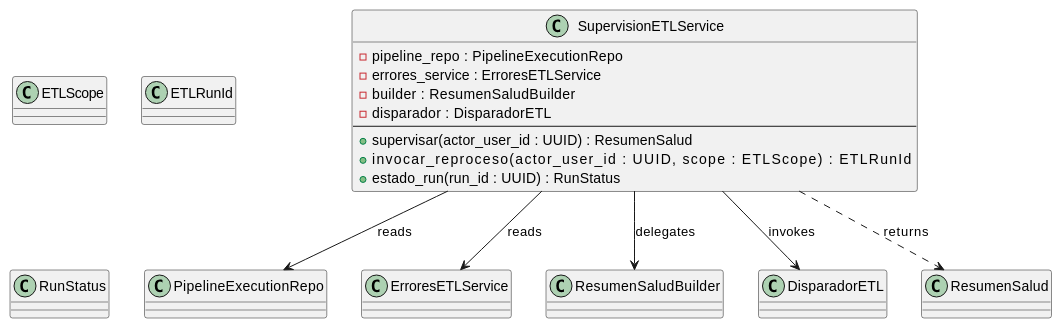
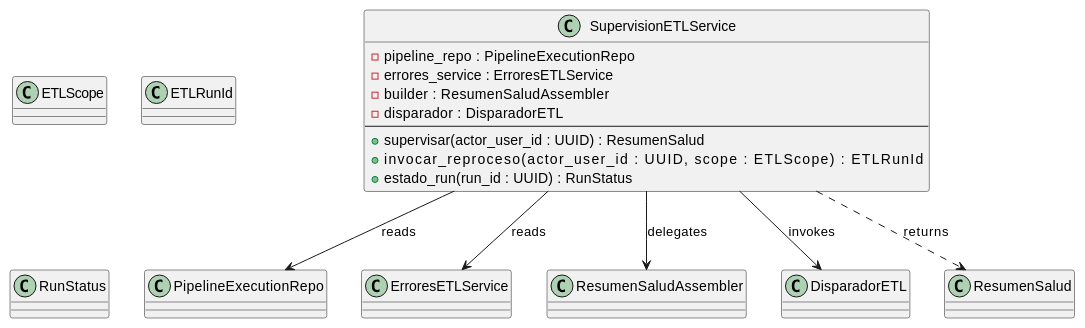
Before and after one commit to jcg-admin/IACT-docs: the diagram in source/arquitectura-tecnica/domain-model/supervision-etl-service.rst, drawn with PlantUML. The commit also changed other lines of this file and 6 other files, not shown here.

First line of the commit message:
Rename ResumenSaludBuilder to ResumenSaludAssembler (D3)

```diff
--- a/source/arquitectura-tecnica/domain-model/supervision-etl-service.rst
+++ b/source/arquitectura-tecnica/domain-model/supervision-etl-service.rst
@@ -34,35 +34,35 @@
 .. uml::
  :caption: SupervisionETLService — punto de entrada del
            BC Pipeline. Delega en builder, disparador y
            servicio de errores.
 
  @startuml
 
  class SupervisionETLService {
    - pipeline_repo : PipelineExecutionRepo
    - errores_service : ErroresETLService
-   - builder : ResumenSaludBuilder
+   - builder : ResumenSaludAssembler
    - disparador : DisparadorETL
    --
    + supervisar(actor_user_id : UUID) : ResumenSalud
    + invocar_reproceso(actor_user_id : UUID, \
                         scope : ETLScope) : ETLRunId
    + estado_run(run_id : UUID) : RunStatus
  }
 
  class PipelineExecutionRepo
  class ErroresETLService
- class ResumenSaludBuilder
+ class ResumenSaludAssembler
  class DisparadorETL
  class ResumenSalud
  class ETLScope
  class ETLRunId
  class RunStatus
 
  SupervisionETLService --> PipelineExecutionRepo : reads
  SupervisionETLService --> ErroresETLService : reads
- SupervisionETLService --> ResumenSaludBuilder : delegates
+ SupervisionETLService --> ResumenSaludAssembler : delegates
  SupervisionETLService --> DisparadorETL : invokes
  SupervisionETLService ..> ResumenSalud : returns
 
  @enduml
```
